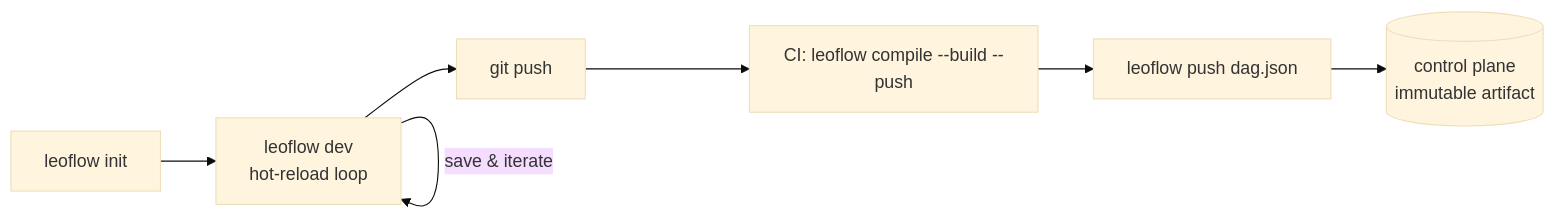
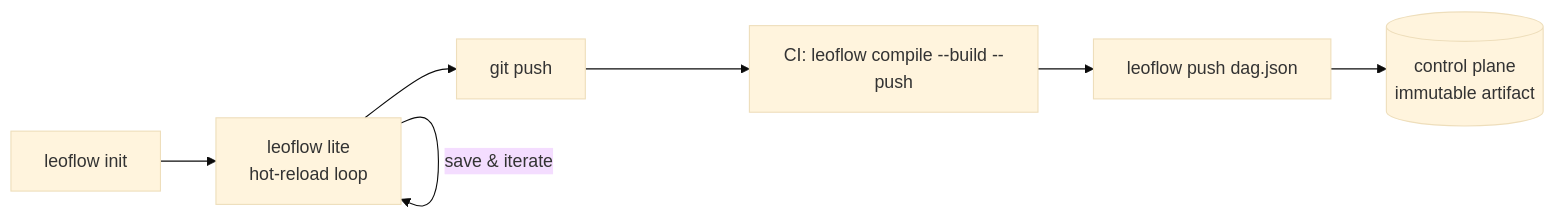
The diagram in docs/dag-authoring.md (neochaotic/leoflow), drawn with Mermaid (base theme) before and after one commit. The commit also changed other lines of this file and 16 other files, not shown here.

````diff
--- a/docs/dag-authoring.md
+++ b/docs/dag-authoring.md
@@ -108,9 +108,9 @@
 ```mermaid
 flowchart LR
-  I[leoflow init] --> D[leoflow dev<br/>hot-reload loop]
+  I[leoflow init] --> D[leoflow lite<br/>hot-reload loop]
   D -->|save & iterate| D
   D --> G[git push]
   G --> CI[CI: leoflow compile --build --push]
   CI --> REG[leoflow push dag.json]
   REG --> PROD[(control plane<br/>immutable artifact)]
 ```
````
